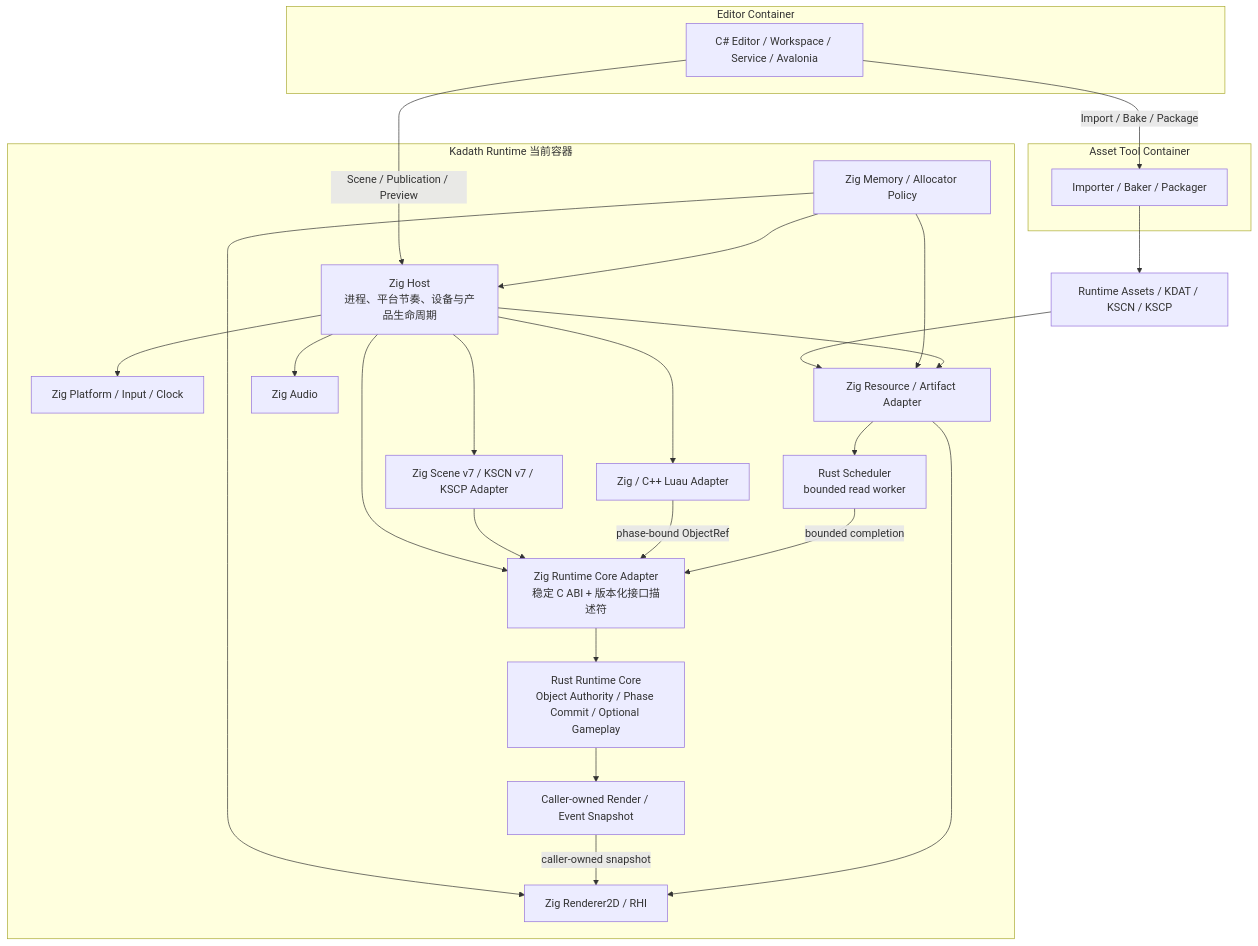
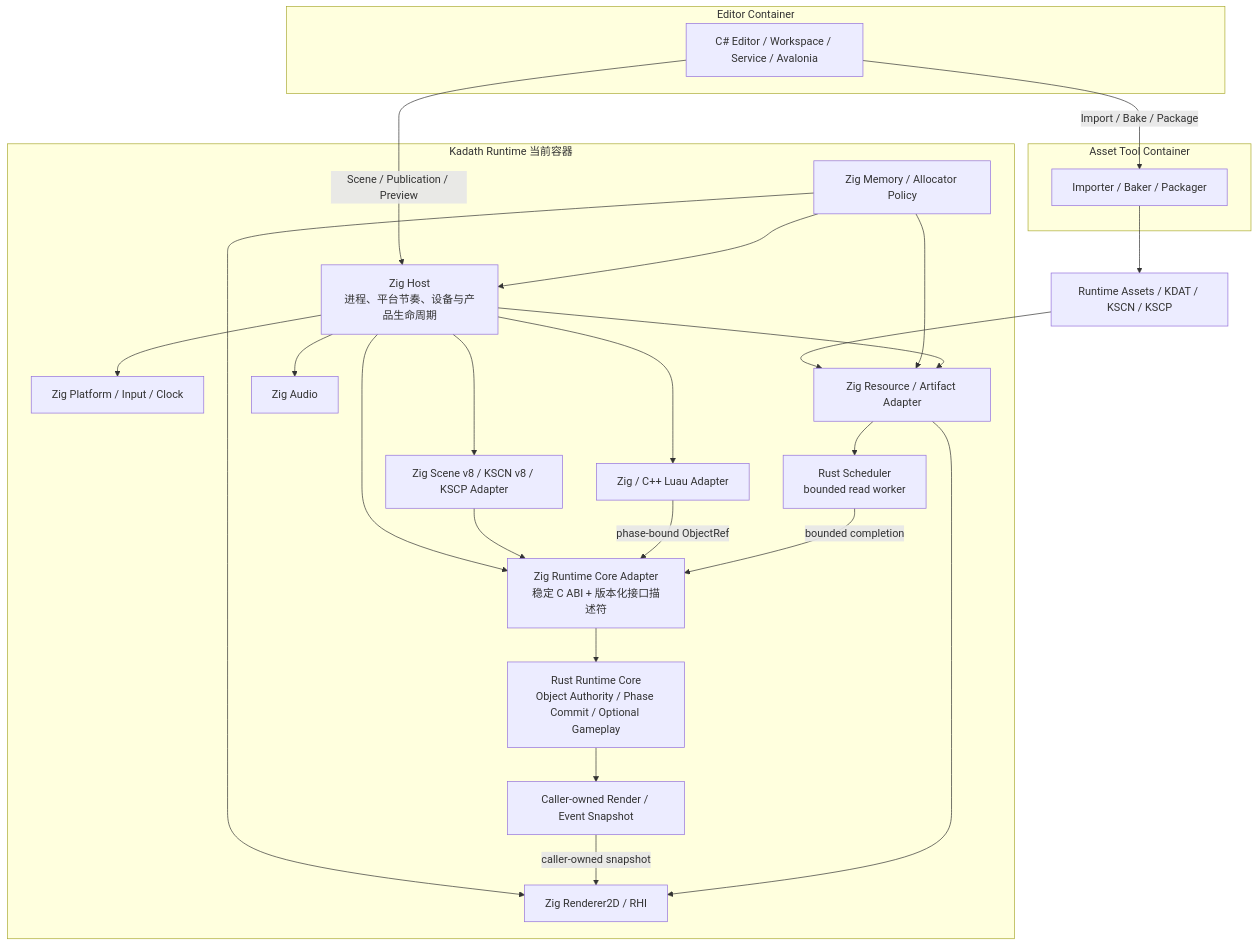
One commit to alloyzer0/Kadath changed the first of 2 diagrams in docs/architecture/c4-runtime-container-and-components.md. Above: the diagram before and after it, drawn with Mermaid. The commit also changed other lines of this file and 35 other files, not shown here.

````diff
--- a/docs/architecture/c4-runtime-container-and-components.md
+++ b/docs/architecture/c4-runtime-container-and-components.md
@@ -34,49 +34,49 @@
 ```mermaid
 graph TD
     subgraph Editor["Editor Container"]
         CSharpEditor["C# Editor / Workspace / Service / Avalonia"]
     end
 
     subgraph AssetTool["Asset Tool Container"]
         ImportBake["Importer / Baker / Packager"]
     end
 
     subgraph Runtime["Kadath Runtime 当前容器"]
         ZigHost["Zig Host<br/>进程、平台节奏、设备与产品生命周期"]
         ZigPlatform["Zig Platform / Input / Clock"]
         ZigMemory["Zig Memory / Allocator Policy"]
         ZigResource["Zig Resource / Artifact Adapter"]
-        ZigScene["Zig Scene v7 / KSCN v7 / KSCP Adapter"]
+        ZigScene["Zig Scene v8 / KSCN v8 / KSCP Adapter"]
         ZigLuauAdapter["Zig / C++ Luau Adapter"]
         ZigCoreAdapter["Zig Runtime Core Adapter<br/>稳定 C ABI + 版本化接口描述符"]
         RustCore["Rust Runtime Core<br/>Object Authority / Phase Commit / Optional Gameplay"]
         Snapshot["Caller-owned Render / Event Snapshot"]
         RustScheduler["Rust Scheduler<br/>bounded read worker"]
         ZigRenderer["Zig Renderer2D / RHI"]
         ZigAudio["Zig Audio"]
     end
 
     RuntimeAssets["Runtime Assets / KDAT / KSCN / KSCP"]
 
     CSharpEditor -->|"Scene / Publication / Preview"| ZigHost
     CSharpEditor -->|"Import / Bake / Package"| ImportBake
     ImportBake --> RuntimeAssets
     RuntimeAssets --> ZigResource
     ZigHost --> ZigPlatform
     ZigMemory --> ZigHost
     ZigMemory --> ZigResource
     ZigMemory --> ZigRenderer
     ZigHost --> ZigResource
     ZigHost --> ZigScene
     ZigHost --> ZigLuauAdapter
     ZigHost --> ZigCoreAdapter
     ZigHost --> ZigAudio
     ZigScene --> ZigCoreAdapter
     ZigLuauAdapter -->|"phase-bound ObjectRef"| ZigCoreAdapter
     ZigCoreAdapter --> RustCore
     RustCore --> Snapshot
     ZigResource --> RustScheduler
     RustScheduler -->|"bounded completion"| ZigCoreAdapter
     Snapshot -->|"caller-owned snapshot"| ZigRenderer
     ZigResource --> ZigRenderer
 ```
````
